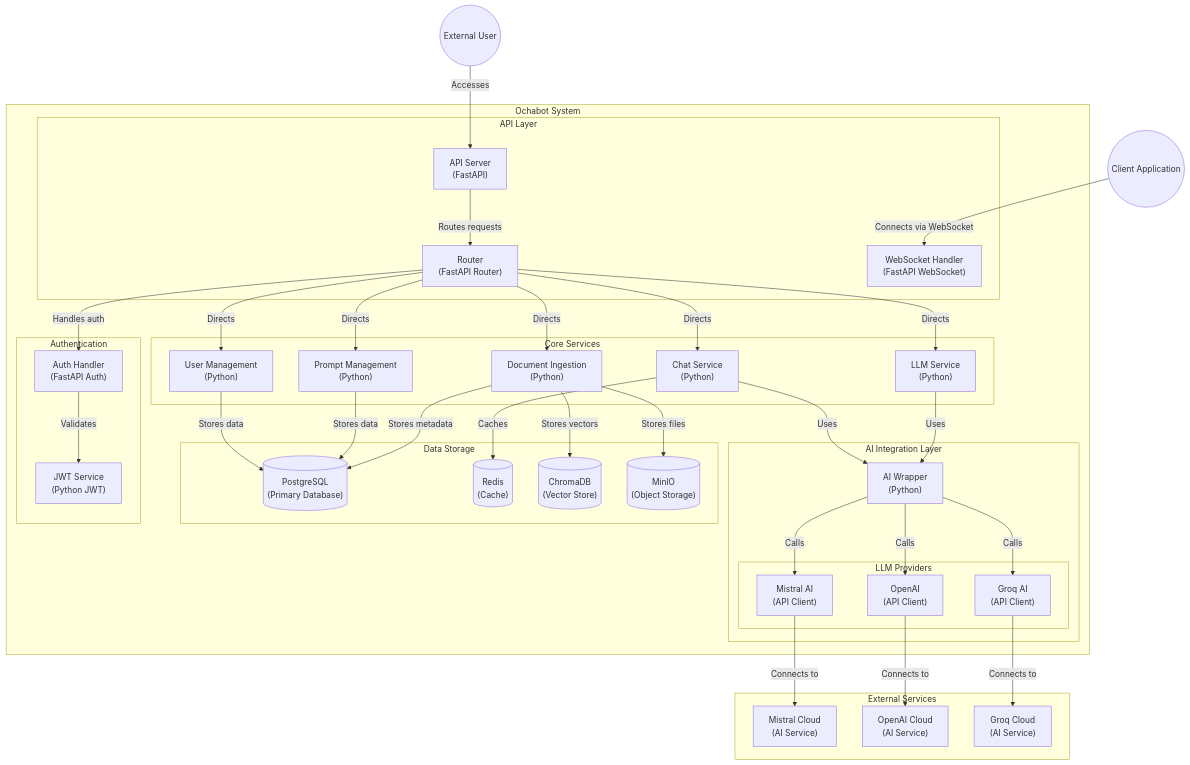
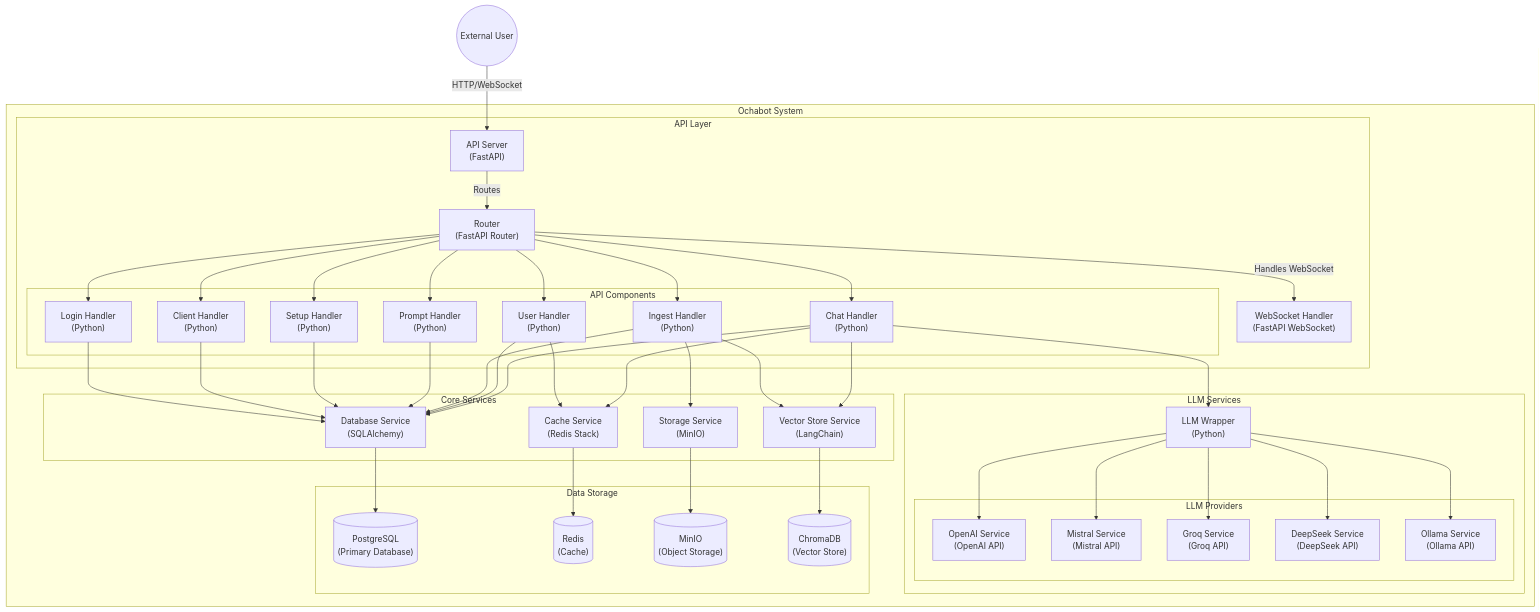
One commit to sofyan48/ochabot changed the diagram in README.md. Above: the diagram before and after it, drawn with Mermaid. The commit also changed 1 other file, not shown here.

Commit message:
Update diagram structure

````diff
--- a/README.md
+++ b/README.md
@@ -91,82 +91,93 @@
 ```mermaid
 graph TB
     User((External User))
-    Client((Client Application))
-
+    
     subgraph "Ochabot System"
         subgraph "API Layer"
             FastAPI["API Server<br>(FastAPI)"]
             Router["Router<br>(FastAPI Router)"]
             WebSocket["WebSocket Handler<br>(FastAPI WebSocket)"]
+            
+            subgraph "API Components"
+                ChatHandler["Chat Handler<br>(Python)"]
+                UserHandler["User Handler<br>(Python)"]
+                IngestHandler["Ingest Handler<br>(Python)"]
+                PromptHandler["Prompt Handler<br>(Python)"]
+                SetupHandler["Setup Handler<br>(Python)"]
+                ClientHandler["Client Handler<br>(Python)"]
+                LoginHandler["Login Handler<br>(Python)"]
+            end
         end
 
-        subgraph "Core Services"
-            ChatService["Chat Service<br>(Python)"]
-            LLMService["LLM Service<br>(Python)"]
-            UserMgmt["User Management<br>(Python)"]
-            DocumentIngest["Document Ingestion<br>(Python)"]
-            PromptMgmt["Prompt Management<br>(Python)"]
-        end
-
-        subgraph "AI Integration Layer"
-            AIWrapper["AI Wrapper<br>(Python)"]
+        subgraph "LLM Services"
+            LLMWrapper["LLM Wrapper<br>(Python)"]
+            
             subgraph "LLM Providers"
-                MistralAI["Mistral AI<br>(API Client)"]
-                OpenAI["OpenAI<br>(API Client)"]
-                GroqAI["Groq AI<br>(API Client)"]
+                OpenAI["OpenAI Service<br>(OpenAI API)"]
+                Mistral["Mistral Service<br>(Mistral API)"]
+                Groq["Groq Service<br>(Groq API)"]
+                DeepSeek["DeepSeek Service<br>(DeepSeek API)"]
+                Ollama["Ollama Service<br>(Ollama API)"]
             end
         end
 
         subgraph "Data Storage"
             PostgreSQL[("PostgreSQL<br>(Primary Database)")]
             Redis[("Redis<br>(Cache)")]
+            MinIO[("MinIO<br>(Object Storage)")]
             ChromaDB[("ChromaDB<br>(Vector Store)")]
-            MinIO[("MinIO<br>(Object Storage)")]
         end
 
-        subgraph "Authentication"
-            JWTAuth["JWT Service<br>(Python JWT)"]
-            AuthHandler["Auth Handler<br>(FastAPI Auth)"]
+        subgraph "Core Services"
+            DatabaseService["Database Service<br>(SQLAlchemy)"]
+            VectorService["Vector Store Service<br>(LangChain)"]
+            CacheService["Cache Service<br>(Redis Stack)"]
+            StorageService["Storage Service<br>(MinIO)"]
         end
     end
 
-    %% External Systems
-    subgraph "External Services"
-        MistralCloud["Mistral Cloud<br>(AI Service)"]
-        OpenAICloud["OpenAI Cloud<br>(AI Service)"]
-        GroqCloud["Groq Cloud<br>(AI Service)"]
-    end
+    %% Connections
+    User -->|"HTTP/WebSocket"| FastAPI
+    FastAPI -->|"Routes"| Router
+    Router -->|"Handles WebSocket"| WebSocket
+    
+    %% API Components connections
+    Router --> ChatHandler
+    Router --> UserHandler
+    Router --> IngestHandler
+    Router --> PromptHandler
+    Router --> SetupHandler
+    Router --> ClientHandler
+    Router --> LoginHandler
 
-    %% Connections
-    User -->|"Accesses"| FastAPI
-    Client -->|"Connects via WebSocket"| WebSocket
+    %% LLM Service connections
+    ChatHandler --> LLMWrapper
+    LLMWrapper --> OpenAI
+    LLMWrapper --> Mistral
+    LLMWrapper --> Groq
+    LLMWrapper --> DeepSeek
+    LLMWrapper --> Ollama
+
+    %% Data Storage connections
+    DatabaseService --> PostgreSQL
+    CacheService --> Redis
+    StorageService --> MinIO
+    VectorService --> ChromaDB
+
+    %% Service Usage connections
+    ChatHandler --> DatabaseService
+    UserHandler --> DatabaseService
+    IngestHandler --> DatabaseService
+    PromptHandler --> DatabaseService
+    SetupHandler --> DatabaseService
+    ClientHandler --> DatabaseService
+    LoginHandler --> DatabaseService
+
+    ChatHandler --> VectorService
+    IngestHandler --> VectorService
     
-    FastAPI -->|"Routes requests"| Router
-    Router -->|"Handles auth"| AuthHandler
-    AuthHandler -->|"Validates"| JWTAuth
+    ChatHandler --> CacheService
+    UserHandler --> CacheService
     
-    Router -->|"Directs"| ChatService
-    Router -->|"Directs"| UserMgmt
-    Router -->|"Directs"| DocumentIngest
-    Router -->|"Directs"| PromptMgmt
-    Router -->|"Directs"| LLMService
-    
-    ChatService -->|"Uses"| AIWrapper
-    LLMService -->|"Uses"| AIWrapper
-    
-    AIWrapper -->|"Calls"| MistralAI
-    AIWrapper -->|"Calls"| OpenAI
-    AIWrapper -->|"Calls"| GroqAI
-    
-    MistralAI -->|"Connects to"| MistralCloud
-    OpenAI -->|"Connects to"| OpenAICloud
-    GroqAI -->|"Connects to"| GroqCloud
-    
-    DocumentIngest -->|"Stores vectors"| ChromaDB
-    DocumentIngest -->|"Stores files"| MinIO
-    
-    ChatService -->|"Caches"| Redis
-    UserMgmt -->|"Stores data"| PostgreSQL
-    PromptMgmt -->|"Stores data"| PostgreSQL
-    DocumentIngest -->|"Stores metadata"| PostgreSQL
+    IngestHandler --> StorageService
 ```
````
